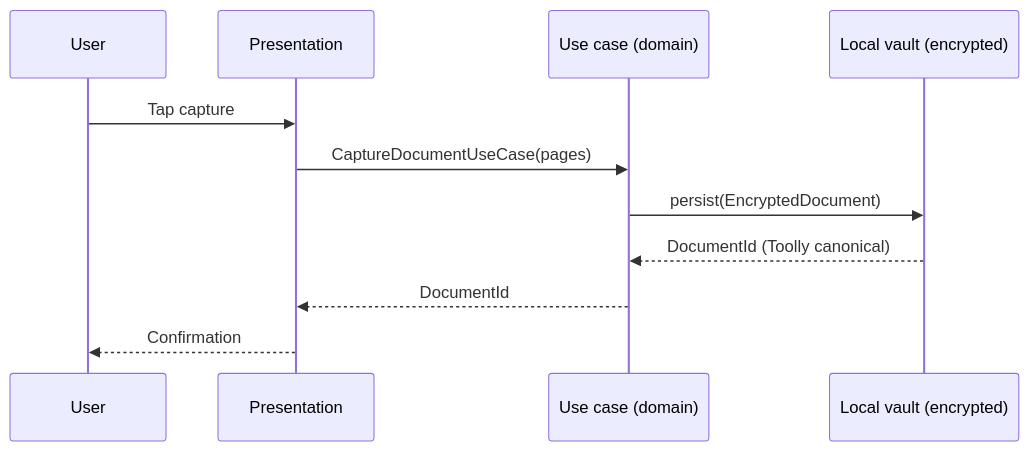
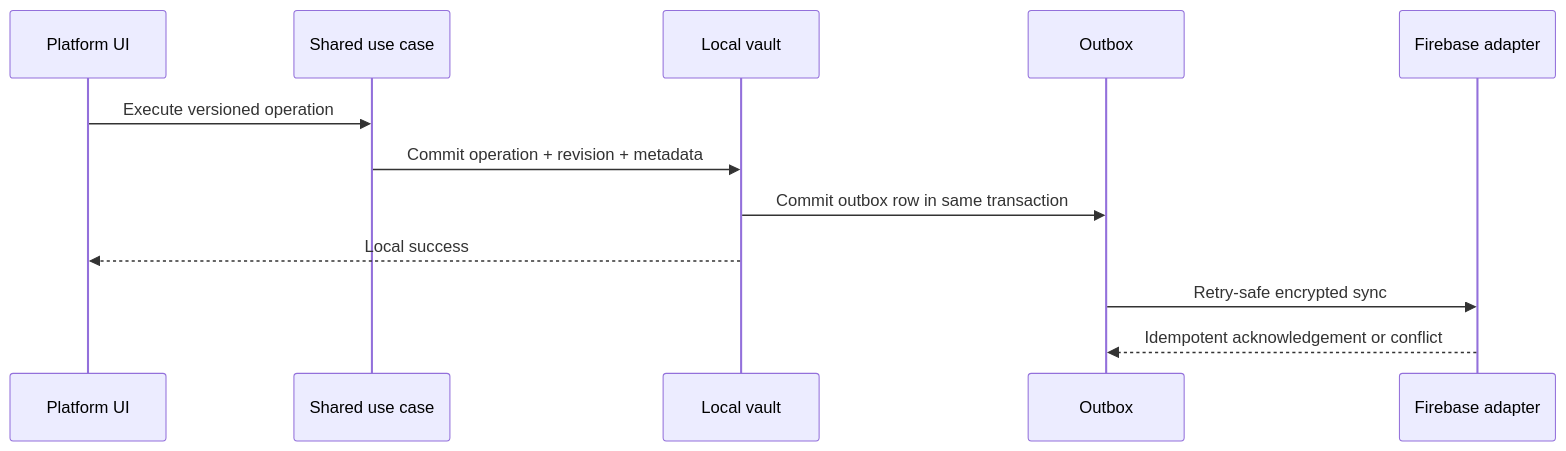
Before and after one commit to toollyscan/toolly-mobile: the second of 2 diagrams in docs/architecture/README.md, drawn with Mermaid. The commit also changed other lines of this file, not shown here.

Commit message:
docs(tly-004): align README.md with canonical contracts

````diff
--- a/docs/architecture/README.md
+++ b/docs/architecture/README.md
@@ -68,14 +42,15 @@
 ```mermaid
 sequenceDiagram
-    participant U as User
-    participant UI as Presentation
-    participant UC as Use case (domain)
-    participant Vault as Local vault (encrypted)
+    participant UI as Platform UI
+    participant UC as Shared use case
+    participant V as Local vault
+    participant O as Outbox
+    participant F as Firebase adapter
 
-    U->>UI: Tap capture
-    UI->>UC: CaptureDocumentUseCase(pages)
-    UC->>Vault: persist(EncryptedDocument)
-    Vault-->>UC: DocumentId (Toolly canonical)
-    UC-->>UI: DocumentId
-    UI-->>U: Confirmation
+    UI->>UC: Execute versioned operation
+    UC->>V: Commit operation + revision + metadata
+    V->>O: Commit outbox row in same transaction
+    V-->>UI: Local success
+    O->>F: Retry-safe encrypted sync
+    F-->>O: Idempotent acknowledgement or conflict
 ```
````
